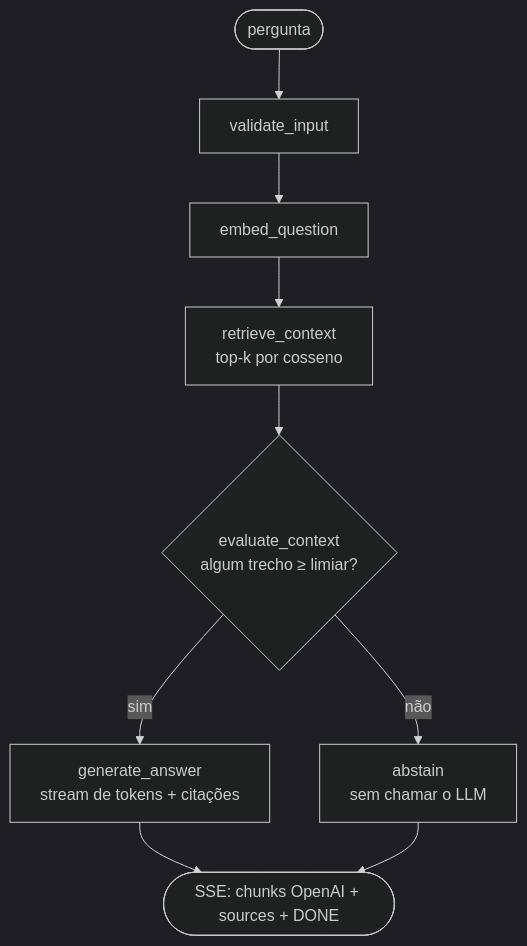
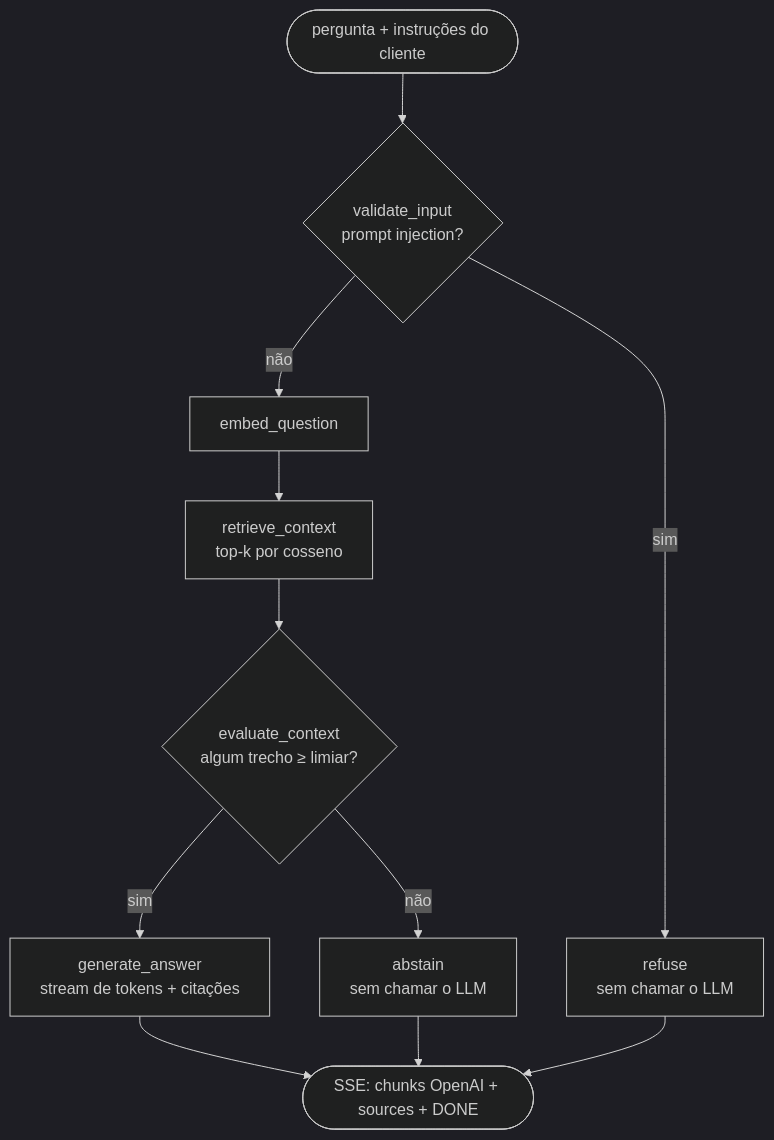
The second of 3 diagrams in README.md (icarojobs/chatbot-api), drawn with Mermaid (dark theme) before and after one commit. The commit also changed other lines of this file and 17 other files, not shown here.

First line of the commit message:
feat: defesa em camadas contra prompt injection + red team (make redteam) (#22)

````diff
--- a/README.md
+++ b/README.md
@@ -63,11 +63,13 @@
 ```mermaid
 flowchart TD
-    Start([pergunta]) --> V[validate_input]
-    V --> E[embed_question]
+    Start([pergunta + instruções do cliente]) --> V{validate_input<br/>prompt injection?}
+    V -->|sim| X[refuse<br/>sem chamar o LLM]
+    V -->|não| E[embed_question]
     E --> R[retrieve_context<br/>top-k por cosseno]
     R --> C{evaluate_context<br/>algum trecho ≥ limiar?}
     C -->|sim| G[generate_answer<br/>stream de tokens + citações]
     C -->|não| A[abstain<br/>sem chamar o LLM]
     G --> S([SSE: chunks OpenAI + sources + DONE])
     A --> S
+    X --> S
 ```
````
